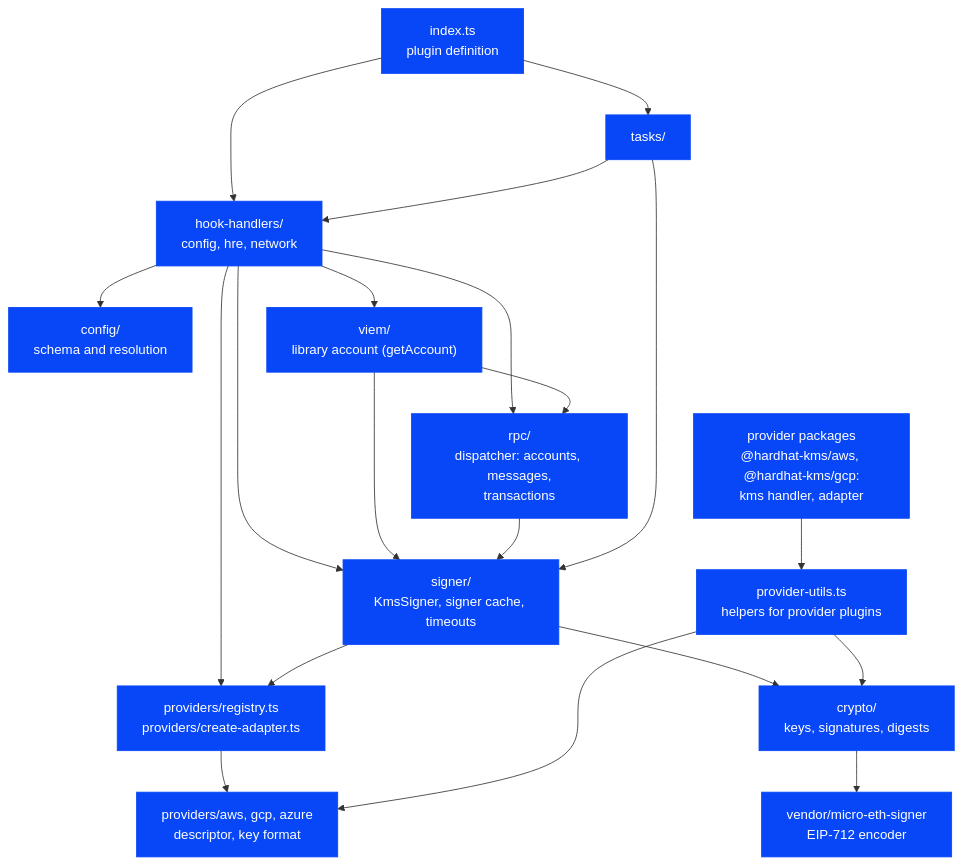
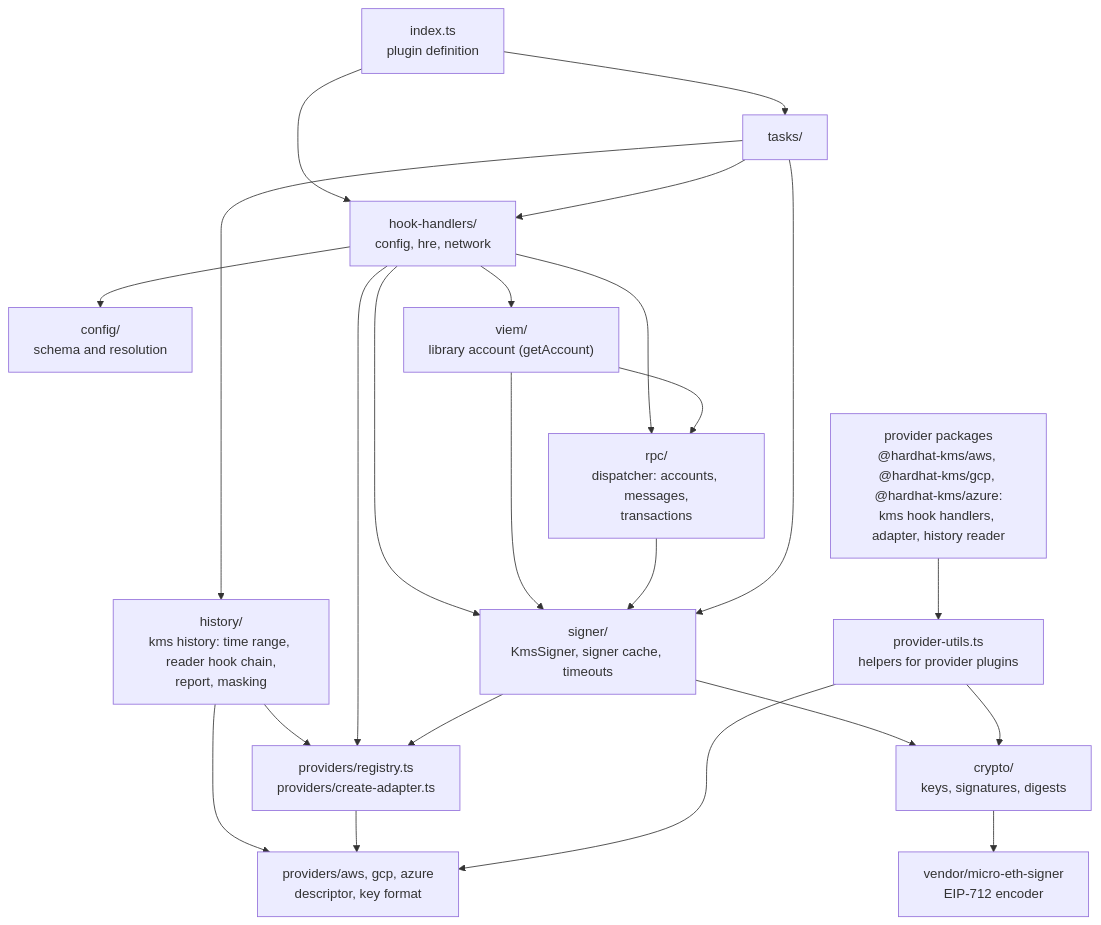
One commit to aelmanaa/hardhat-kms changed the first of 7 diagrams in docs/contributor/architecture.md. Above: the diagram before and after it, drawn with Mermaid. The commit also changed other lines of this file and 19 other files, not shown here.

First line of the commit message:
docs: diagram how the plugin reaches each cloud; parse Mermaid blocks

````diff
--- a/docs/contributor/architecture.md
+++ b/docs/contributor/architecture.md
@@ -11,24 +11,25 @@
 ```mermaid
 flowchart TD
   index["index.ts<br/>plugin definition"] --> hooks["hook-handlers/<br/>config, hre, network"]
   index --> tasks["tasks/"]
+  tasks --> history["history/<br/>kms history: time range, reader hook chain,<br/>report, masking"]
+  history --> registry
+  history --> descriptors
   hooks --> config["config/<br/>schema and resolution"]
   hooks --> registry["providers/registry.ts<br/>providers/create-adapter.ts"]
   hooks --> rpc["rpc/<br/>dispatcher: accounts, messages,<br/>transactions"]
   hooks --> signer
   hooks --> viem["viem/<br/>library account (getAccount)"]
   viem --> rpc
   viem --> signer
   rpc --> signer["signer/<br/>KmsSigner, signer cache, timeouts"]
   signer --> registry
   tasks --> signer
   tasks --> hooks
   registry --> descriptors["providers/aws, gcp, azure<br/>descriptor, key format"]
   signer --> crypto["crypto/<br/>keys, signatures, digests"]
-  packages["provider packages<br/>@hardhat-kms/aws, @hardhat-kms/gcp:<br/>kms handler, adapter"] --> utils["provider-utils.ts<br/>helpers for provider plugins"]
+  packages["provider packages<br/>@hardhat-kms/aws, @hardhat-kms/gcp, @hardhat-kms/azure:<br/>kms hook handlers, adapter, history reader"] --> utils["provider-utils.ts<br/>helpers for provider plugins"]
   utils --> crypto
   utils --> descriptors
   crypto --> vendor["vendor/micro-eth-signer<br/>EIP-712 encoder"]
-  classDef done fill:#0847F7,color:#fff,stroke:#0847F7
-  class index,hooks,rpc,crypto,signer,vendor,config,registry,descriptors,packages,utils,tasks,viem done
 ```
````
